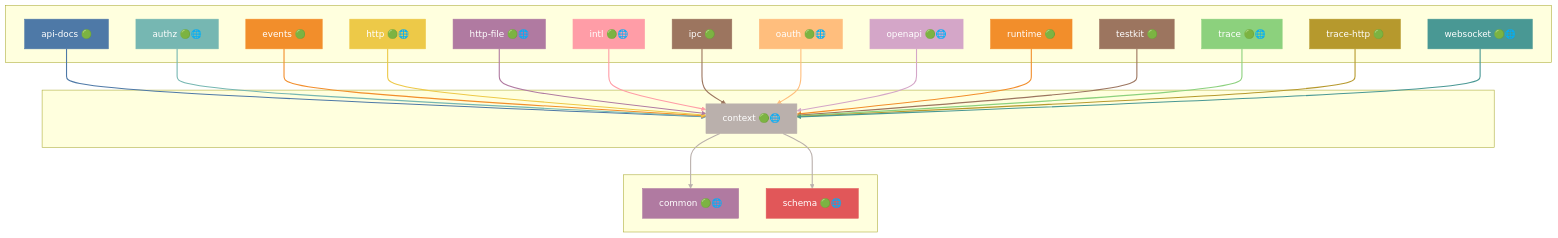
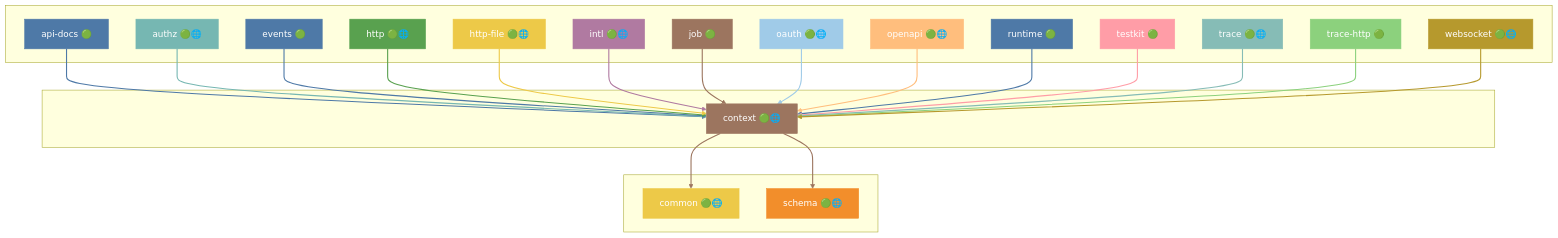
One commit to grest-ts/grest-ts changed the tenth of 50 diagrams in docs/DEPENDENCIES.md. Above: the diagram before and after it, drawn with Mermaid. The commit also changed other lines of this file and 57 other files, not shown here.

````diff
--- a/docs/DEPENDENCIES.md
+++ b/docs/DEPENDENCIES.md
@@ -817,75 +787,75 @@
 ```mermaid
 flowchart TB
     subgraph Dependents[" "]
         api-docs["api-docs 🟢"]
         authz["authz 🟢🌐"]
         events["events 🟢"]
         http["http 🟢🌐"]
         http-file["http-file 🟢🌐"]
         intl["intl 🟢🌐"]
-        ipc["ipc 🟢"]
+        job["job 🟢"]
         oauth["oauth 🟢🌐"]
         openapi["openapi 🟢🌐"]
         runtime["runtime 🟢"]
         testkit["testkit 🟢"]
         trace["trace 🟢🌐"]
         trace-http["trace-http 🟢"]
         websocket["websocket 🟢🌐"]
     end
     subgraph Package[" "]
         context["context 🟢🌐"]
     end
     subgraph Dependencies[" "]
         common["common 🟢🌐"]
         schema["schema 🟢🌐"]
     end
     api-docs --> context
     authz --> context
     events --> context
     http --> context
     http-file --> context
     intl --> context
-    ipc --> context
+    job --> context
     oauth --> context
     openapi --> context
     runtime --> context
     testkit --> context
     trace --> context
     trace-http --> context
     websocket --> context
     context --> common
     context --> schema
-    style context fill:#BAB0AC,stroke:#BAB0AC,color:#fff
+    style context fill:#9C755F,stroke:#9C755F,color:#fff
     style api-docs fill:#4E79A7,stroke:#4E79A7,color:#fff
     style authz fill:#76B7B2,stroke:#76B7B2,color:#fff
-    style events fill:#F28E2B,stroke:#F28E2B,color:#fff
-    style http fill:#EDC948,stroke:#EDC948,color:#fff
-    style http-file fill:#B07AA1,stroke:#B07AA1,color:#fff
-    style intl fill:#FF9DA7,stroke:#FF9DA7,color:#fff
-    style ipc fill:#9C755F,stroke:#9C755F,color:#fff
-    style oauth fill:#FFBE7D,stroke:#FFBE7D,color:#fff
-    style openapi fill:#D4A6C8,stroke:#D4A6C8,color:#fff
-    style runtime fill:#F28E2B,stroke:#F28E2B,color:#fff
-    style testkit fill:#9C755F,stroke:#9C755F,color:#fff
-    style trace fill:#8CD17D,stroke:#8CD17D,color:#fff
-    style trace-http fill:#B6992D,stroke:#B6992D,color:#fff
-    style websocket fill:#499894,stroke:#499894,color:#fff
-    style common fill:#B07AA1,stroke:#B07AA1,color:#fff
-    style schema fill:#E15759,stroke:#E15759,color:#fff
+    style events fill:#4E79A7,stroke:#4E79A7,color:#fff
+    style http fill:#59A14F,stroke:#59A14F,color:#fff
+    style http-file fill:#EDC948,stroke:#EDC948,color:#fff
+    style intl fill:#B07AA1,stroke:#B07AA1,color:#fff
+    style job fill:#9C755F,stroke:#9C755F,color:#fff
+    style oauth fill:#A0CBE8,stroke:#A0CBE8,color:#fff
+    style openapi fill:#FFBE7D,stroke:#FFBE7D,color:#fff
+    style runtime fill:#4E79A7,stroke:#4E79A7,color:#fff
+    style testkit fill:#FF9DA7,stroke:#FF9DA7,color:#fff
+    style trace fill:#86BCB6,stroke:#86BCB6,color:#fff
+    style trace-http fill:#8CD17D,stroke:#8CD17D,color:#fff
+    style websocket fill:#B6992D,stroke:#B6992D,color:#fff
+    style common fill:#EDC948,stroke:#EDC948,color:#fff
+    style schema fill:#F28E2B,stroke:#F28E2B,color:#fff
     linkStyle 0 stroke:#4E79A7,stroke-width:2px
     linkStyle 1 stroke:#76B7B2,stroke-width:2px
-    linkStyle 2 stroke:#F28E2B,stroke-width:2px
-    linkStyle 3 stroke:#EDC948,stroke-width:2px
-    linkStyle 4 stroke:#B07AA1,stroke-width:2px
-    linkStyle 5 stroke:#FF9DA7,stroke-width:2px
+    linkStyle 2 stroke:#4E79A7,stroke-width:2px
+    linkStyle 3 stroke:#59A14F,stroke-width:2px
+    linkStyle 4 stroke:#EDC948,stroke-width:2px
+    linkStyle 5 stroke:#B07AA1,stroke-width:2px
     linkStyle 6 stroke:#9C755F,stroke-width:2px
-    linkStyle 7 stroke:#FFBE7D,stroke-width:2px
-    linkStyle 8 stroke:#D4A6C8,stroke-width:2px
-    linkStyle 9 stroke:#F28E2B,stroke-width:2px
-    linkStyle 10 stroke:#9C755F,stroke-width:2px
-    linkStyle 11 stroke:#8CD17D,stroke-width:2px
-    linkStyle 12 stroke:#B6992D,stroke-width:2px
-    linkStyle 13 stroke:#499894,stroke-width:2px
-    linkStyle 14 stroke:#BAB0AC,stroke-width:2px
-    linkStyle 15 stroke:#BAB0AC,stroke-width:2px
+    linkStyle 7 stroke:#A0CBE8,stroke-width:2px
+    linkStyle 8 stroke:#FFBE7D,stroke-width:2px
+    linkStyle 9 stroke:#4E79A7,stroke-width:2px
+    linkStyle 10 stroke:#FF9DA7,stroke-width:2px
+    linkStyle 11 stroke:#86BCB6,stroke-width:2px
+    linkStyle 12 stroke:#8CD17D,stroke-width:2px
+    linkStyle 13 stroke:#B6992D,stroke-width:2px
+    linkStyle 14 stroke:#9C755F,stroke-width:2px
+    linkStyle 15 stroke:#9C755F,stroke-width:2px
 ```
````
